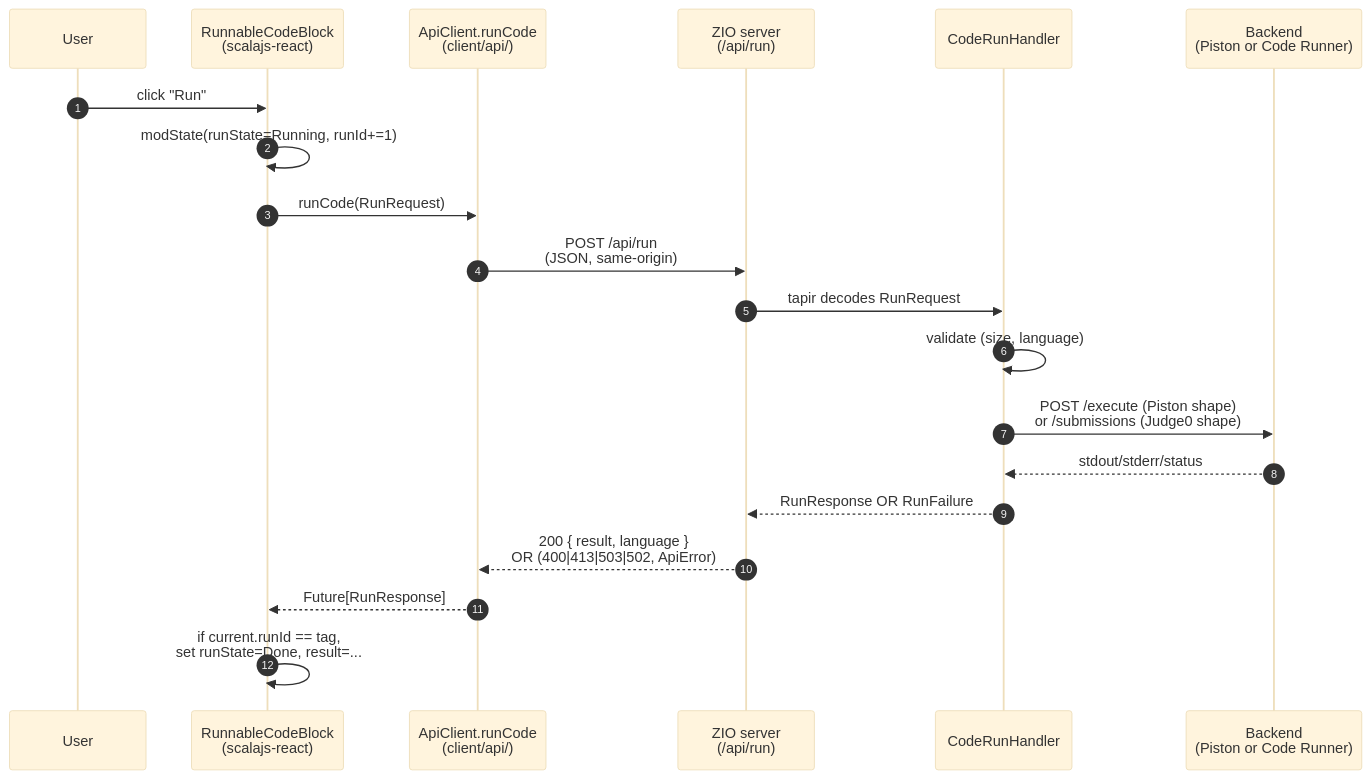
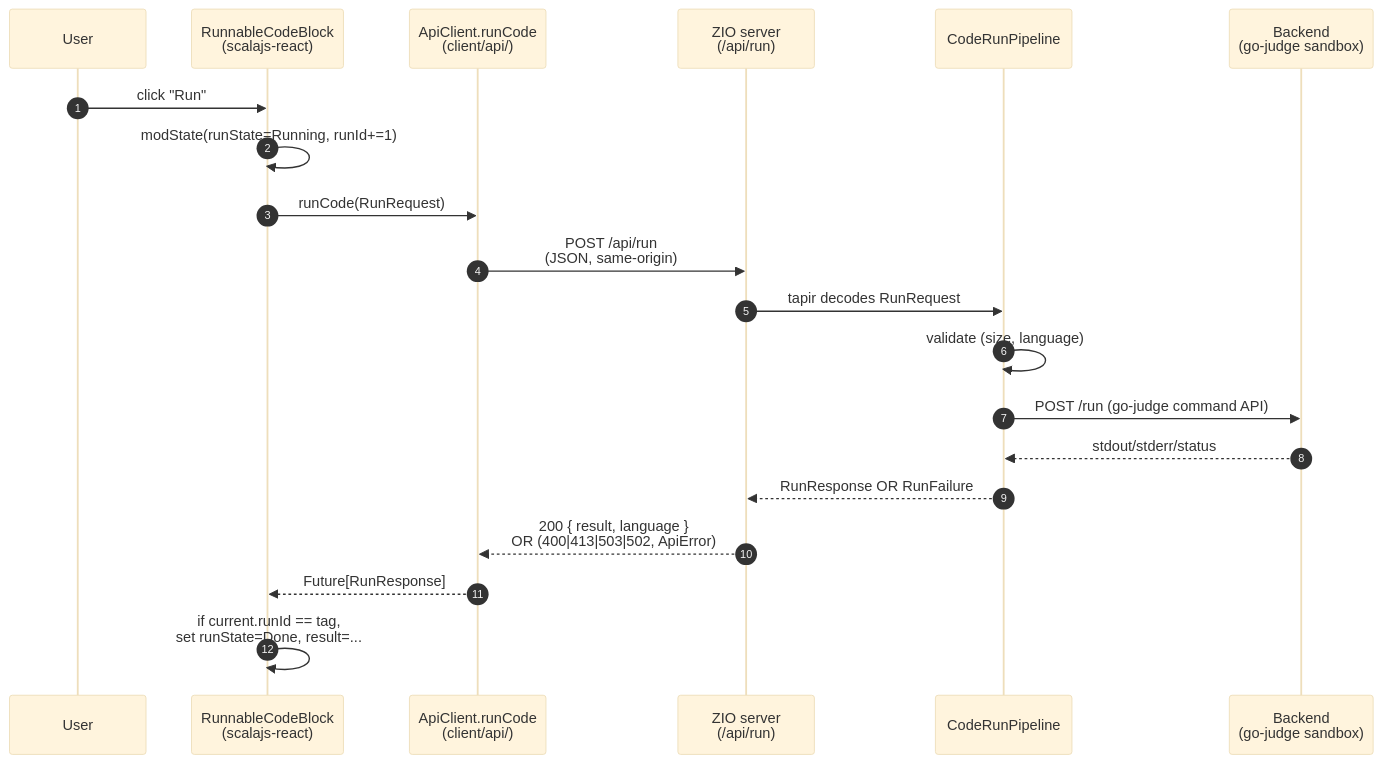
One commit to ani2fun/codefolio changed the first of 2 diagrams in content/cortex/codefolio-onboarding/02-how-it-works/01-request-lifecycle.md. Above: the diagram before and after it, drawn with Mermaid (base theme). The commit also changed other lines of this file and 9 other files, not shown here.

````diff
--- a/content/cortex/codefolio-onboarding/02-how-it-works/01-request-lifecycle.md
+++ b/content/cortex/codefolio-onboarding/02-how-it-works/01-request-lifecycle.md
@@ -15,23 +15,23 @@
 ```mermaid
 sequenceDiagram
   autonumber
   participant U as User
   participant R as RunnableCodeBlock<br/>(scalajs-react)
   participant A as ApiClient.runCode<br/>(client/api/)
   participant S as ZIO server<br/>(/api/run)
-  participant H as CodeRunHandler
-  participant B as Backend<br/>(Piston or Code Runner)
+  participant H as CodeRunPipeline
+  participant B as Backend<br/>(go-judge sandbox)
 
   U->>R: click "Run"
   R->>R: modState(runState=Running, runId+=1)
   R->>A: runCode(RunRequest)
   A->>S: POST /api/run<br/>(JSON, same-origin)
   S->>H: tapir decodes RunRequest
   H->>H: validate (size, language)
-  H->>B: POST /execute (Piston shape)<br/>or /submissions (Judge0 shape)
+  H->>B: POST /run (go-judge command API)
   B-->>H: stdout/stderr/status
   H-->>S: RunResponse OR RunFailure
   S-->>A: 200 { result, language }<br/>OR (400|413|503|502, ApiError)
   A-->>R: Future[RunResponse]
   R->>R: if current.runId == tag,<br/>set runState=Done, result=...
 ```
````
